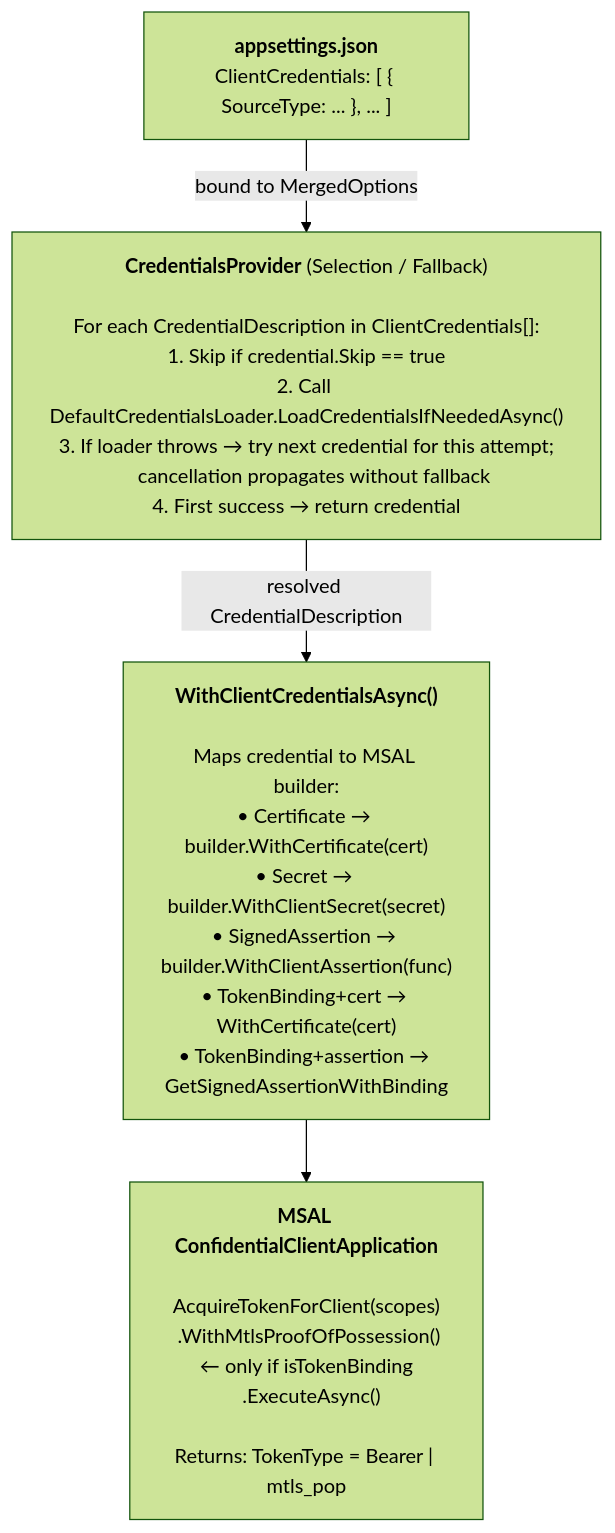
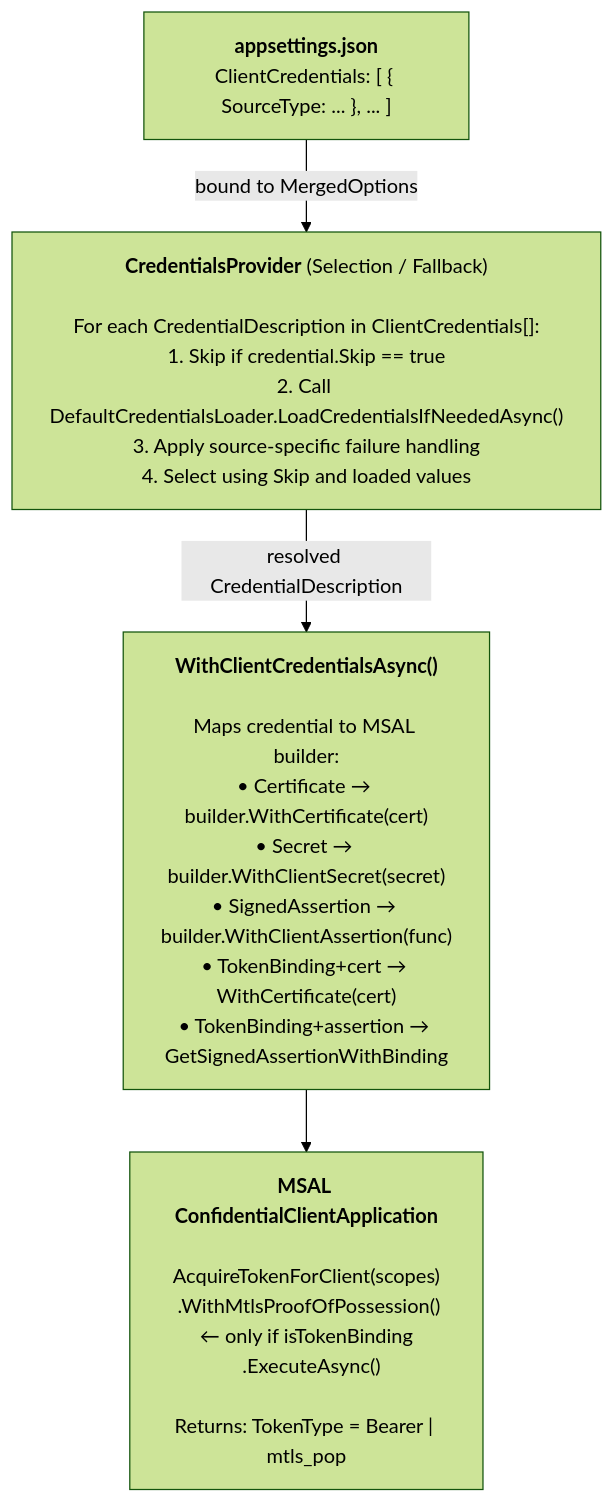
The first of 4 diagrams in docs/design/credential-architecture.md (AzureAD/microsoft-identity-web), drawn with Mermaid (forest theme) before and after one commit. The commit also changed other lines of this file and 2 other files, not shown here.

First line of the commit message:
Limit credential recovery behavior changes to managed identity assertions

````diff
--- a/docs/design/credential-architecture.md
+++ b/docs/design/credential-architecture.md
@@ -13,16 +13,16 @@
 ```mermaid
 flowchart TD
     Config["<b>appsettings.json</b><br/>ClientCredentials: [ { SourceType: ... }, ... ]"]
     
     Config -->|"bound to MergedOptions"| Provider
 
-    Provider["<b>CredentialsProvider</b> (Selection / Fallback)<br/><br/>For each CredentialDescription in ClientCredentials[]:<br/>1. Skip if credential.Skip == true<br/>2. Call DefaultCredentialsLoader.LoadCredentialsIfNeededAsync()<br/>3. If loader throws → try next credential for this attempt;<br/>&nbsp;&nbsp;&nbsp;cancellation propagates without fallback<br/>4. First success → return credential"]
+    Provider["<b>CredentialsProvider</b> (Selection / Fallback)<br/><br/>For each CredentialDescription in ClientCredentials[]:<br/>1. Skip if credential.Skip == true<br/>2. Call DefaultCredentialsLoader.LoadCredentialsIfNeededAsync()<br/>3. Apply source-specific failure handling<br/>4. Select using Skip and loaded values"]
 
     Provider -->|"resolved CredentialDescription"| Wiring
 
     Wiring["<b>WithClientCredentialsAsync()</b><br/><br/>Maps credential to MSAL builder:<br/>• Certificate → builder.WithCertificate(cert)<br/>• Secret → builder.WithClientSecret(secret)<br/>• SignedAssertion → builder.WithClientAssertion(func)<br/>• TokenBinding+cert → WithCertificate(cert)<br/>• TokenBinding+assertion → GetSignedAssertionWithBinding"]
 
     Wiring --> MSAL
 
     MSAL["<b>MSAL ConfidentialClientApplication</b><br/><br/>AcquireTokenForClient(scopes)<br/>&nbsp;&nbsp;.WithMtlsProofOfPossession() ← only if isTokenBinding<br/>&nbsp;&nbsp;.ExecuteAsync()<br/><br/>Returns: TokenType = Bearer | mtls_pop"]
 ```
````
